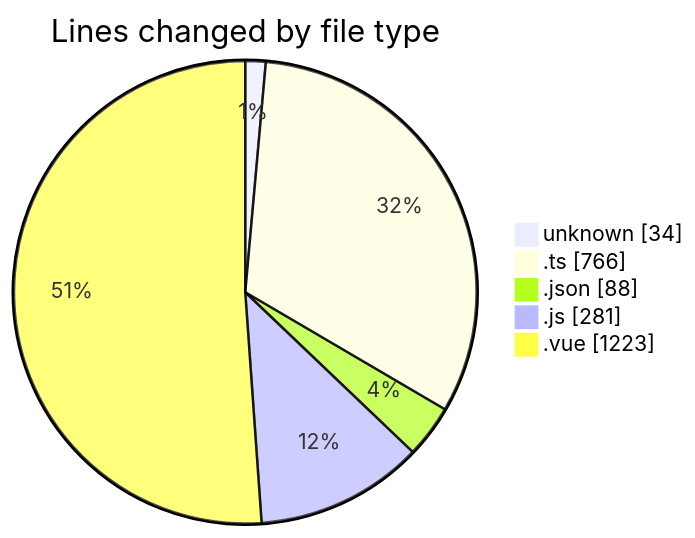
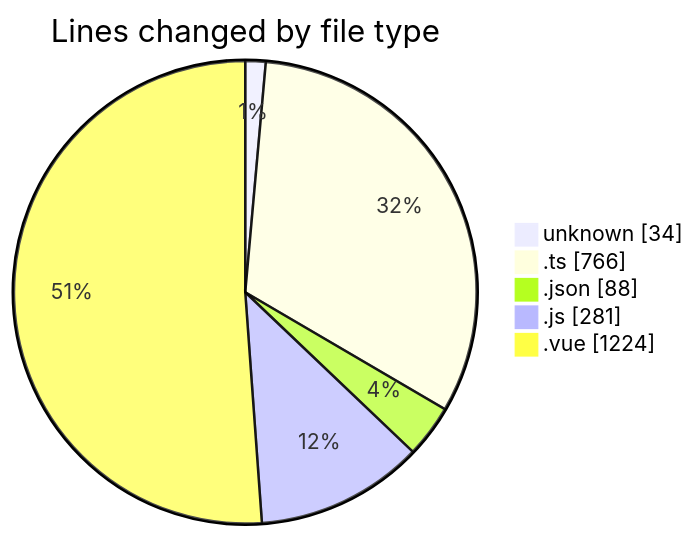
One commit to lephambinh05/code-tracking changed the first of 2 diagrams in 2025-07-13/rentotp/README.md. Above: the diagram before and after it, drawn with Mermaid. The commit also changed other lines of this file and 1 other file, not shown here.

````diff
--- a/2025-07-13/rentotp/README.md
+++ b/2025-07-13/rentotp/README.md
@@ -46,9 +46,9 @@
 ```mermaid
 pie showData
 title Lines changed by file type
 "unknown" : 34
 ".ts" : 766
 ".json" : 88
 ".js" : 281
-".vue" : 1223
+".vue" : 1224
 ```
````
